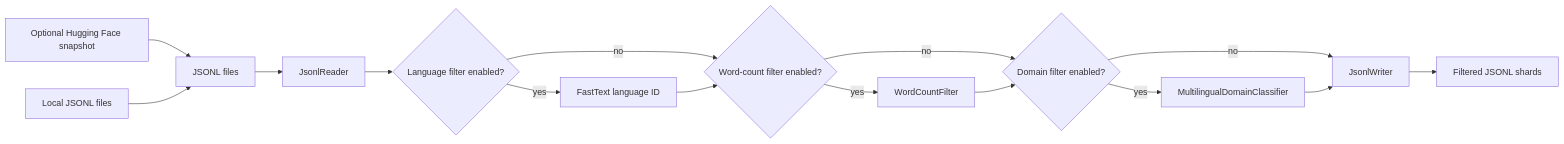
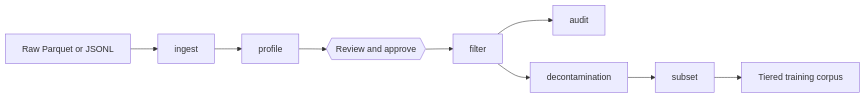
The diagram in docs/curate/index.md (mikemckiernan/Nemotron), drawn with Mermaid before and after one commit. The commit also changed other lines of this file and 5 other files, not shown here.

````diff
--- a/docs/curate/index.md
+++ b/docs/curate/index.md
@@ -38,17 +42,11 @@
 ```{mermaid}
 flowchart LR
-    A[Optional Hugging Face snapshot] --> B[JSONL files]
-    C[Local JSONL files] --> B
-    B --> D[JsonlReader]
-    D --> E{Language filter enabled?}
-    E -->|yes| F[FastText language ID]
-    E -->|no| G{Word-count filter enabled?}
-    F --> G
-    G -->|yes| H[WordCountFilter]
-    G -->|no| I{Domain filter enabled?}
-    H --> I
-    I -->|yes| J[MultilingualDomainClassifier]
-    I -->|no| K[JsonlWriter]
-    J --> K
-    K --> L[Filtered JSONL shards]
+    RAW[Raw Parquet or JSONL] --> ING[ingest]
+    ING --> PROF[profile]
+    PROF --> REV{{Review and approve}}
+    REV --> FILT[filter]
+    FILT --> AUD[audit]
+    FILT --> DEC[decontamination]
+    DEC --> SUB[subset]
+    SUB --> OUT[Tiered training corpus]
 ```
````
